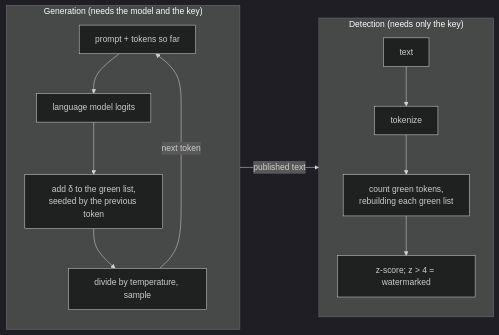
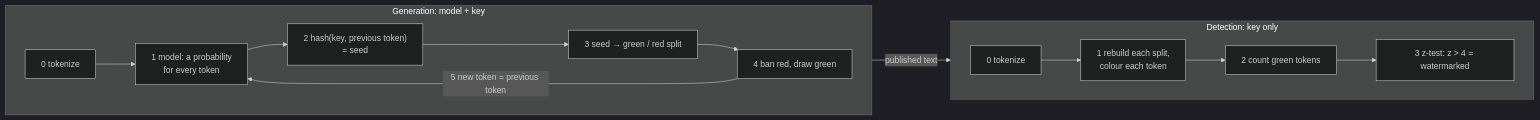
The first of 2 diagrams in README.md (pieropls/230ZB), drawn with Mermaid (dark theme) before and after one commit. The commit also changed other lines of this file, not shown here.

````diff
--- a/README.md
+++ b/README.md
@@ -60,17 +82,18 @@
 ```mermaid
 flowchart LR
-  subgraph G["Generation (needs the model and the key)"]
-    direction TB
-    P["prompt + tokens so far"] --> L["language model logits"]
-    L --> B["add δ to the green list,<br/>seeded by the previous token"]
-    B --> S["divide by temperature, sample"]
-    S -->|"next token"| P
+  subgraph GEN["Generation: model + key"]
+    direction LR
+    G0["0 tokenize"] --> G1["1 model: a probability<br/>for every token"]
+    G1 --> G2["2 hash(key, previous token)<br/>= seed"]
+    G2 --> G3["3 seed → green / red split"]
+    G3 --> G4["4 ban red, draw green"]
+    G4 -->|"5 new token = previous token"| G1
   end
-  subgraph D["Detection (needs only the key)"]
-    direction TB
-    X["text"] --> K["tokenize"]
-    K --> C["count green tokens,<br/>rebuilding each green list"]
-    C --> Z["z-score; z > 4 = watermarked"]
+  subgraph DET["Detection: key only"]
+    direction LR
+    D0["0 tokenize"] --> D1["1 rebuild each split,<br/>colour each token"]
+    D1 --> D2["2 count green tokens"]
+    D2 --> D3["3 z-test: z > 4 = watermarked"]
   end
-  G -->|"published text"| D
+  GEN -->|"published text"| DET
 ```
````
